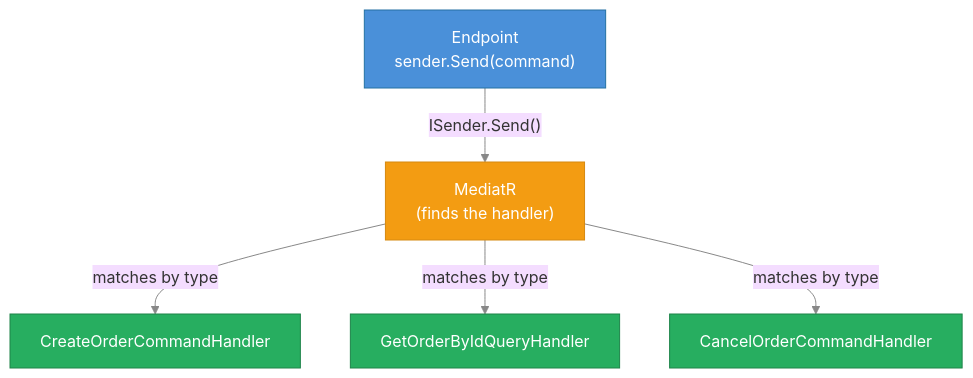
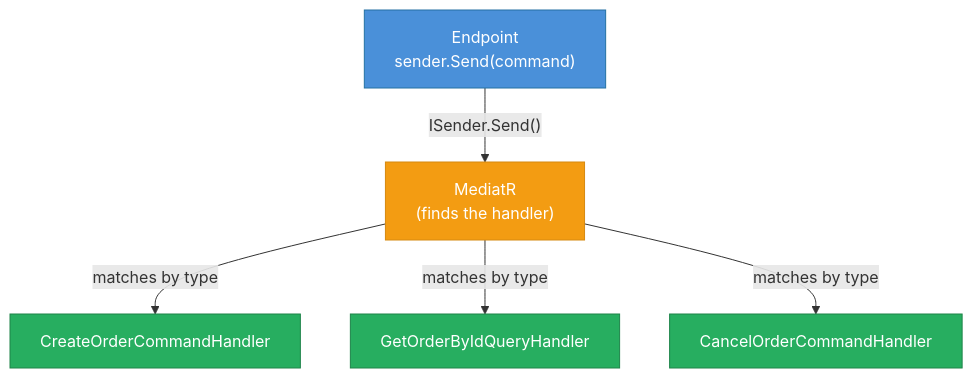
One commit to seesathish/AntKart-Src3 changed the second of 4 diagrams in docs/adr/ADR-010-CQRS-and-MediatR.md. Above: the diagram before and after it, drawn with Mermaid. The commit also changed other lines of this file and 7 other files, not shown here.

````diff
--- a/docs/adr/ADR-010-CQRS-and-MediatR.md
+++ b/docs/adr/ADR-010-CQRS-and-MediatR.md
@@ -77,18 +76,17 @@
 ```mermaid
-%%{init: {'theme': 'base', 'themeVariables': {'lineColor': '#888888'}}}%%
-flowchart TD
+flowchart TB
     classDef ep fill:#4A90D9,stroke:#2471A3,color:#fff
     classDef med fill:#F39C12,stroke:#D68910,color:#fff
     classDef hand fill:#27AE60,stroke:#1E8449,color:#fff
 
-    EP["Endpoint\nsender.Send(command)"]:::ep
-    MED["MediatR\n(finds the handler)"]:::med
+    EP["Endpoint<br/>sender.Send(command)"]:::ep
+    MED["MediatR<br/>(finds the handler)"]:::med
     H1["CreateOrderCommandHandler"]:::hand
     H2["GetOrderByIdQueryHandler"]:::hand
     H3["CancelOrderCommandHandler"]:::hand
 
     EP -->|"ISender.Send()"| MED
     MED -->|"matches by type"| H1
     MED -->|"matches by type"| H2
     MED -->|"matches by type"| H3
 ```
````
